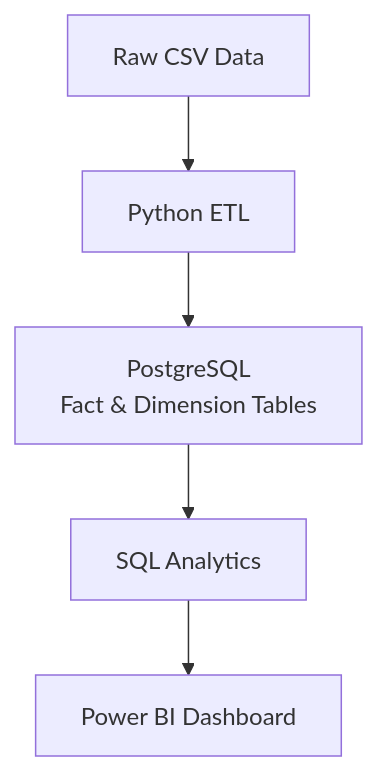
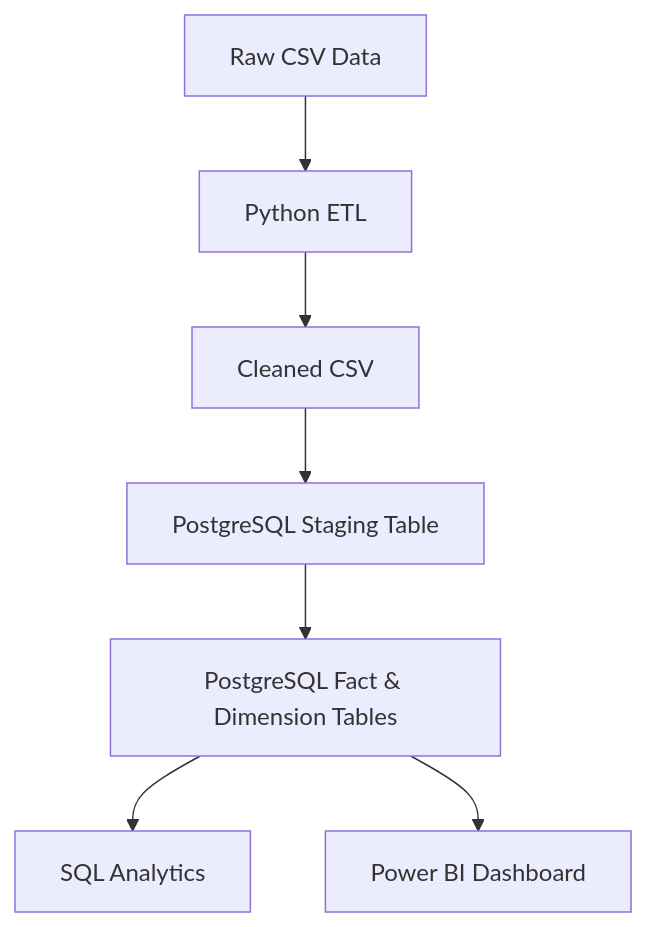
The diagram in README.md (MatexV2/ecommerce_data_pipeline), drawn with Mermaid before and after one commit. The commit also changed other lines of this file and 4 other files, not shown here.

Commit message:
Configure PostgreSQL connection using environment variables

````diff
--- a/README.md
+++ b/README.md
@@ -9,13 +12,17 @@
 ```mermaid
 flowchart TD
     A[Raw CSV Data]
     B[Python ETL]
-    C[PostgreSQL<br/>Fact & Dimension Tables]
-    D[SQL Analytics]
-    E[Power BI Dashboard]
+    C[Cleaned CSV]
+    D[PostgreSQL Staging Table]
+    E[PostgreSQL Fact & Dimension Tables]
+    F[SQL Analytics]
+    G[Power BI Dashboard]
 
     A --> B
     B --> C
     C --> D
     D --> E
+    E --> F
+    E --> G
 ```
````
